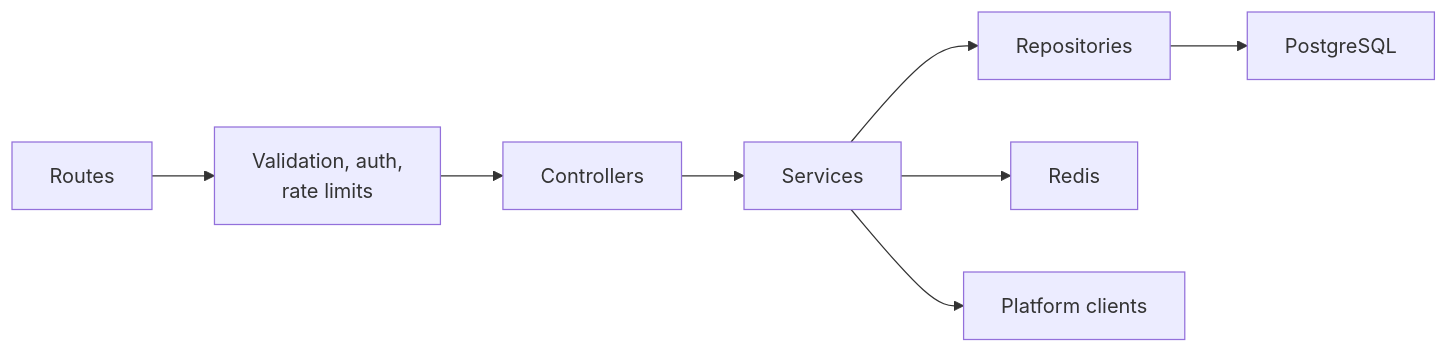
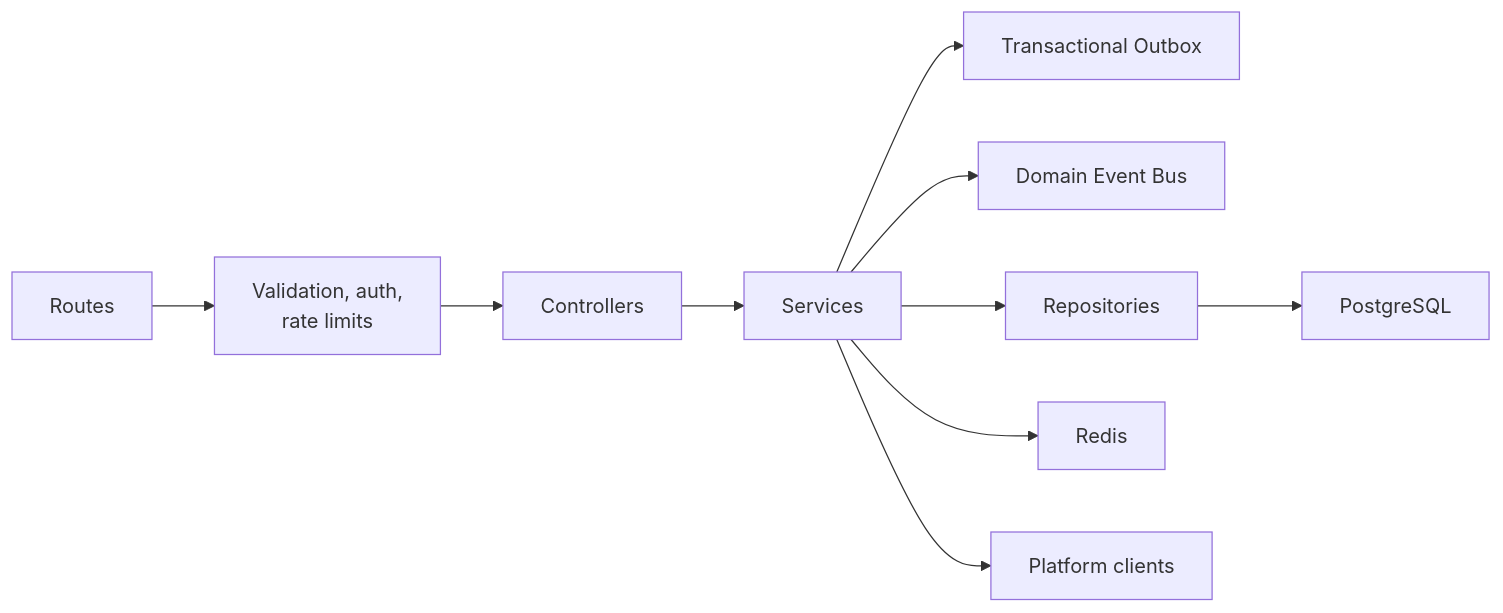
Before and after one commit to Absosh/CPInsight: the diagram in docs/architecture/backend.md, drawn with Mermaid. The commit also changed other lines of this file and 30 other files, not shown here.

Commit message:
feat(events): add transactional outbox relay

````diff
--- a/docs/architecture/backend.md
+++ b/docs/architecture/backend.md
@@ -7,10 +7,12 @@
 ```mermaid
 flowchart LR
   Routes["Routes"] --> Middleware["Validation, auth,\nrate limits"]
   Middleware --> Controllers["Controllers"]
   Controllers --> Services["Services"]
+  Services --> Outbox["Transactional Outbox"]
+  Services --> DomainEvents["Domain Event Bus"]
   Services --> Repositories["Repositories"]
   Repositories --> PostgreSQL["PostgreSQL"]
   Services --> Redis["Redis"]
   Services --> PlatformClients["Platform clients"]
 ```
````
